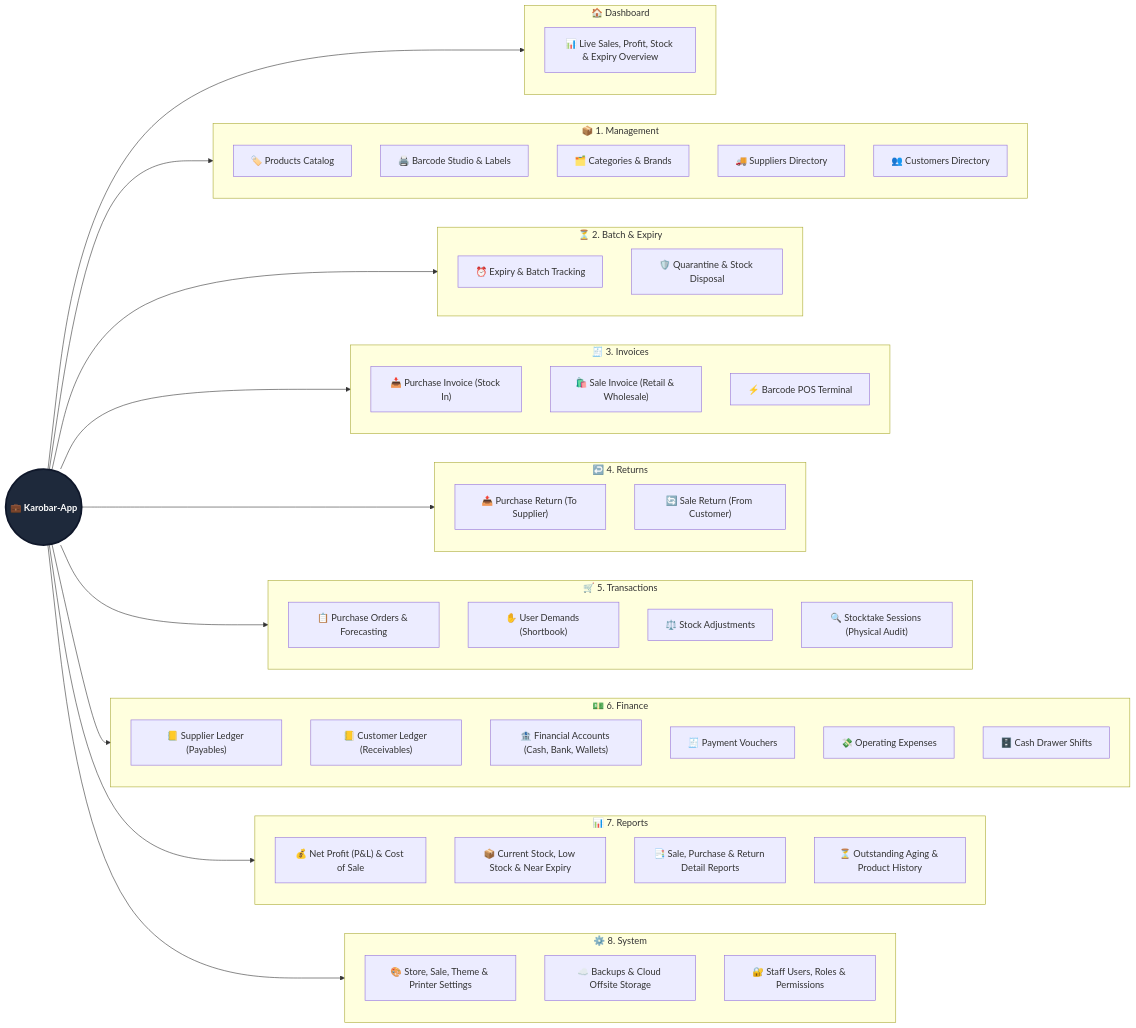
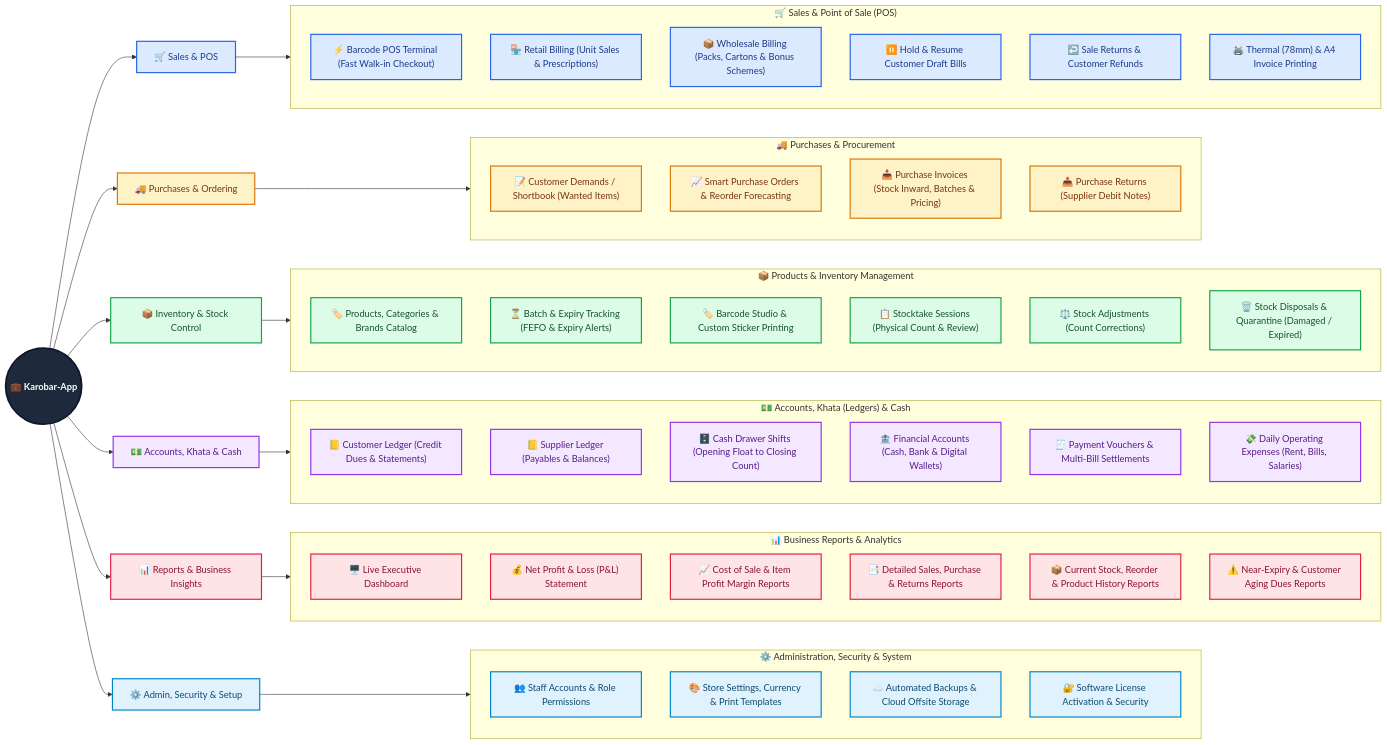
The diagram in README.md (shzdasim/Karobar-App), drawn with Mermaid before and after one commit. The commit also changed other lines of this file, not shown here.

````diff
--- a/README.md
+++ b/README.md
@@ -32,73 +32,96 @@
 flowchart LR
     ROOT(("💼 Karobar-App"))
 
-    subgraph SG_DASH["🏠 Dashboard"]
-        D1["📊 Live Sales, Profit, Stock & Expiry Overview"]
+    %% Main Pillars
+    ROOT --> SALES["🛒 Sales & POS"]
+    ROOT --> PURCHASES["🚚 Purchases & Ordering"]
+    ROOT --> INVENTORY["📦 Inventory & Stock Control"]
+    ROOT --> FINANCE["💵 Accounts, Khata & Cash"]
+    ROOT --> REPORTS["📊 Reports & Business Insights"]
+    ROOT --> ADMIN["⚙️ Admin, Security & Setup"]
+
+    %% 1. Sales & POS
+    subgraph SG_SALES["🛒 Sales & Point of Sale (POS)"]
+        direction TB
+        S1["⚡ Barcode POS Terminal (Fast Walk-in Checkout)"]
+        S2["🏪 Retail Billing (Unit Sales & Prescriptions)"]
+        S3["📦 Wholesale Billing (Packs, Cartons & Bonus Schemes)"]
+        S4["⏸️ Hold & Resume Customer Draft Bills"]
+        S5["↩️ Sale Returns & Customer Refunds"]
+        S6["🖨️ Thermal (78mm) & A4 Invoice Printing"]
     end
+    SALES --> SG_SALES
 
-    subgraph SG_CORE["📦 1. Management"]
-        M1["🏷️ Products Catalog"]
-        M2["🖨️ Barcode Studio & Labels"]
-        M3["🗂️ Categories & Brands"]
-        M4["🚚 Suppliers Directory"]
-        M5["👥 Customers Directory"]
+    %% 2. Purchases & Ordering
+    subgraph SG_PURCHASES["🚚 Purchases & Procurement"]
+        direction TB
+        P1["📝 Customer Demands / Shortbook (Wanted Items)"]
+        P2["📈 Smart Purchase Orders & Reorder Forecasting"]
+        P3["📥 Purchase Invoices (Stock Inward, Batches & Pricing)"]
+        P4["📤 Purchase Returns (Supplier Debit Notes)"]
     end
+    PURCHASES --> SG_PURCHASES
 
-    subgraph SG_BATCH["⏳ 2. Batch & Expiry"]
-        B1["⏰ Expiry & Batch Tracking"]
-        B2["🛡️ Quarantine & Stock Disposal"]
+    %% 3. Inventory & Stock Control
+    subgraph SG_INVENTORY["📦 Products & Inventory Management"]
+        direction TB
+        I1["🏷️ Products, Categories & Brands Catalog"]
+        I2["⏳ Batch & Expiry Tracking (FEFO & Expiry Alerts)"]
+        I3["🏷️ Barcode Studio & Custom Sticker Printing"]
+        I4["📋 Stocktake Sessions (Physical Count & Review)"]
+        I5["⚖️ Stock Adjustments (Count Corrections)"]
+        I6["🗑️ Stock Disposals & Quarantine (Damaged / Expired)"]
     end
+    INVENTORY --> SG_INVENTORY
 
-    subgraph SG_INV["🧾 3. Invoices"]
-        I1["📥 Purchase Invoice (Stock In)"]
-        I2["🛍️ Sale Invoice (Retail & Wholesale)"]
-        I3["⚡ Barcode POS Terminal"]
+    %% 4. Accounts, Khata & Cash
+    subgraph SG_FINANCE["💵 Accounts, Khata (Ledgers) & Cash"]
+        direction TB
+        F1["📒 Customer Ledger (Credit Dues & Statements)"]
+        F2["📒 Supplier Ledger (Payables & Balances)"]
+        F3["🗄️ Cash Drawer Shifts (Opening Float to Closing Count)"]
+        F4["🏦 Financial Accounts (Cash, Bank & Digital Wallets)"]
+        F5["🧾 Payment Vouchers & Multi-Bill Settlements"]
+        F6["💸 Daily Operating Expenses (Rent, Bills, Salaries)"]
     end
+    FINANCE --> SG_FINANCE
 
-    subgraph SG_RET["↩️ 4. Returns"]
-        RT1["📤 Purchase Return (To Supplier)"]
-        RT2["🔄 Sale Return (From Customer)"]
+    %% 5. Reports & Business Insights
+    subgraph SG_REPORTS["📊 Business Reports & Analytics"]
+        direction TB
+        R1["🖥️ Live Executive Dashboard"]
+        R2["💰 Net Profit & Loss (P&L) Statement"]
+        R3["📈 Cost of Sale & Item Profit Margin Reports"]
+        R4["📑 Detailed Sales, Purchase & Returns Reports"]
+        R5["📦 Current Stock, Reorder & Product History Reports"]
+        R6["⚠️ Near-Expiry & Customer Aging Dues Reports"]
     end
+    REPORTS --> SG_REPORTS
 
-    subgraph SG_TXN["🛒 5. Transactions"]
-        T1["📋 Purchase Orders & Forecasting"]
-        T2["✋ User Demands (Shortbook)"]
-        T3["⚖️ Stock Adjustments"]
-        T4["🔍 Stocktake Sessions (Physical Audit)"]
+    %% 6. Admin, Security & System
+    subgraph SG_ADMIN["⚙️ Administration, Security & System"]
+        direction TB
+        A1["👥 Staff Accounts & Role Permissions"]
+        A2["🎨 Store Settings, Currency & Print Templates"]
+        A3["☁️ Automated Backups & Cloud Offsite Storage"]
+        A4["🔐 Software License Activation & Security"]
     end
+    ADMIN --> SG_ADMIN
 
-    subgraph SG_FIN["💵 6. Finance"]
-        F1["📒 Supplier Ledger (Payables)"]
-        F2["📒 Customer Ledger (Receivables)"]
-        F3["🏦 Financial Accounts (Cash, Bank, Wallets)"]
-        F4["🧾 Payment Vouchers"]
-        F5["💸 Operating Expenses"]
-        F6["🗄️ Cash Drawer Shifts"]
-    end
+    %% Styling for Visual Clarity
+    classDef rootStyle fill:#1e293b,stroke:#0f172a,stroke-width:3px,color:#ffffff,font-weight:bold
+    classDef salesStyle fill:#dbeafe,stroke:#2563eb,stroke-width:2px,color:#1e3a8a
+    classDef purchaseStyle fill:#fef3c7,stroke:#d97706,stroke-width:2px,color:#78350f
+    classDef inventoryStyle fill:#dcfce7,stroke:#16a34a,stroke-width:2px,color:#14532d
+    classDef financeStyle fill:#f3e8ff,stroke:#9333ea,stroke-width:2px,color:#581c87
+    classDef reportStyle fill:#ffe4e6,stroke:#e11d48,stroke-width:2px,color:#881337
+    classDef adminStyle fill:#e0f2fe,stroke:#0284c7,stroke-width:2px,color:#0c4a6e
 
-    subgraph SG_REP["📊 7. Reports"]
-        RP1["💰 Net Profit (P&L) & Cost of Sale"]
-        RP2["📦 Current Stock, Low Stock & Near Expiry"]
-        RP3["📑 Sale, Purchase & Return Detail Reports"]
-        RP4["⏳ Outstanding Aging & Product History"]
-    end
-
-    subgraph SG_SYS["⚙️ 8. System"]
-        SY1["🎨 Store, Sale, Theme & Printer Settings"]
-        SY2["☁️ Backups & Cloud Offsite Storage"]
-        SY3["🔐 Staff Users, Roles & Permissions"]
-    end
-
-    ROOT --> SG_DASH
-    ROOT --> SG_CORE
-    ROOT --> SG_BATCH
-    ROOT --> SG_INV
-    ROOT --> SG_RET
-    ROOT --> SG_TXN
-    ROOT --> SG_FIN
-    ROOT --> SG_REP
-    ROOT --> SG_SYS
-
-    classDef rootStyle fill:#1e293b,stroke:#0f172a,stroke-width:3px,color:#ffffff,font-weight:bold
     class ROOT rootStyle
+    class SALES,S1,S2,S3,S4,S5,S6 salesStyle
+    class PURCHASES,P1,P2,P3,P4 purchaseStyle
+    class INVENTORY,I1,I2,I3,I4,I5,I6 inventoryStyle
+    class FINANCE,F1,F2,F3,F4,F5,F6 financeStyle
+    class REPORTS,R1,R2,R3,R4,R5,R6 reportStyle
+    class ADMIN,A1,A2,A3,A4 adminStyle
 ```
````
